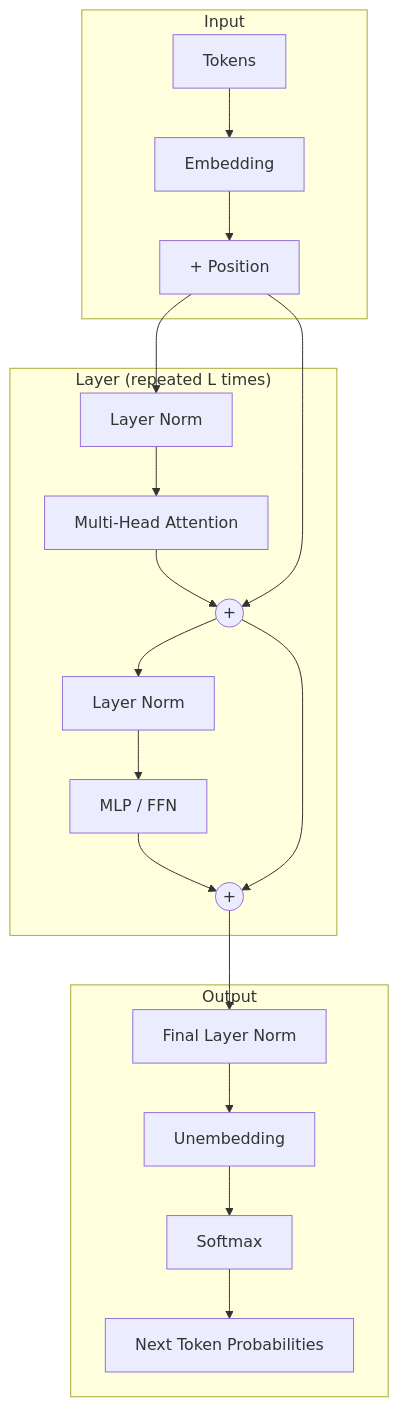
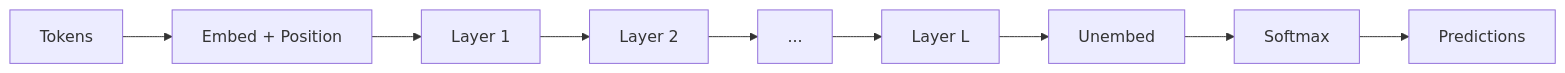
Before and after one commit to ttsugriy/mechinterp-first-principles: the first of 2 diagrams in articles/02-transformers.qmd, drawn with Mermaid. The commit also changed other lines of this file and 7 other files, not shown here.

First line of the commit message:
Add interactive visualizations and simplified diagrams

````diff
--- a/articles/02-transformers.qmd
+++ b/articles/02-transformers.qmd
@@ -185,26 +185,13 @@
 ```{mermaid}
 %%| fig-cap: "The transformer forward pass: tokens flow through embedding, repeated attention+MLP blocks, and unembedding to produce predictions."
-flowchart TB
-    subgraph Input
-        T[Tokens] --> E[Embedding]
-        E --> P[+ Position]
-    end
-
-    subgraph Layer["Layer (repeated L times)"]
-        P --> LN1[Layer Norm]
-        LN1 --> ATT[Multi-Head Attention]
-        ATT --> ADD1((+))
-        P --> ADD1
-        ADD1 --> LN2[Layer Norm]
-        LN2 --> MLP[MLP / FFN]
-        MLP --> ADD2((+))
-        ADD1 --> ADD2
-    end
-
-    subgraph Output
-        ADD2 --> LNF[Final Layer Norm]
-        LNF --> UE[Unembedding]
-        UE --> SM[Softmax]
-        SM --> PRED[Next Token Probabilities]
-    end
+%%| fig-width: 8
+flowchart LR
+    T["Tokens"] --> E["Embed + Position"]
+    E --> L1["Layer 1"]
+    L1 --> L2["Layer 2"]
+    L2 --> Ldots["..."]
+    Ldots --> LL["Layer L"]
+    LL --> U["Unembed"]
+    U --> S["Softmax"]
+    S --> P["Predictions"]
 ```
````
